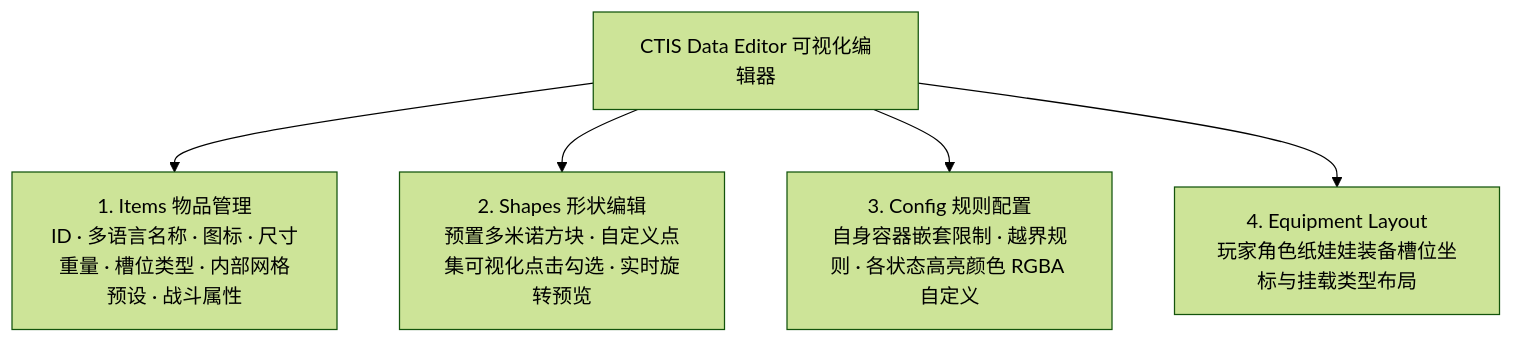
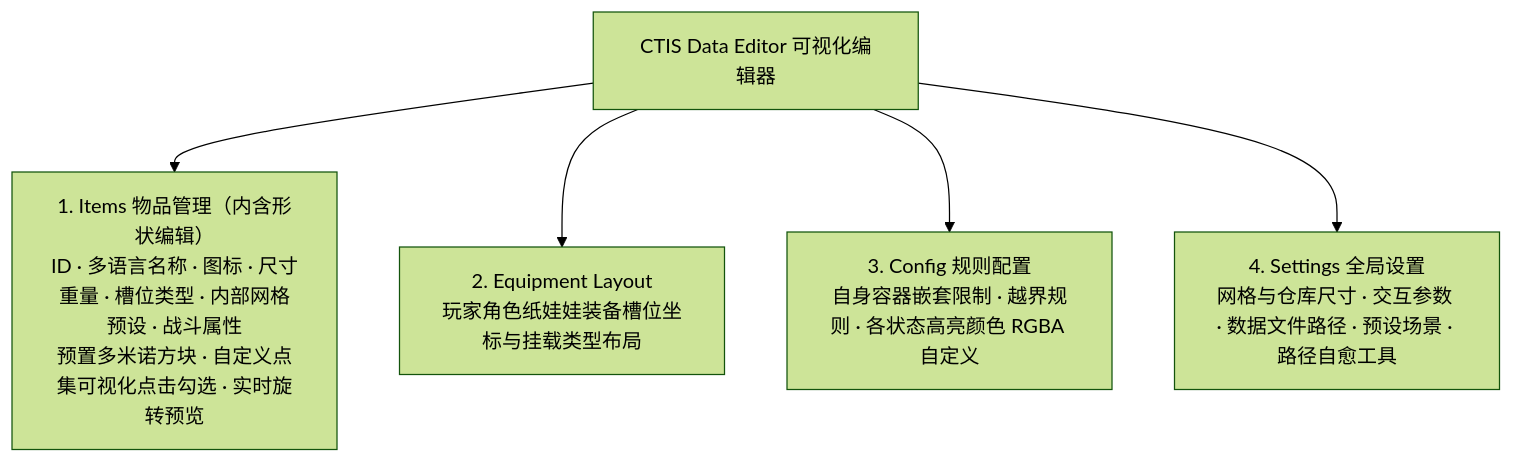
Diagram 13 of 13 in README_CN.md (Cholopol/Cholopol-Tetris-Inventory-System), drawn with Mermaid (forest theme) before and after one commit. The commit also changed other lines of this file and 12 other files, not shown here.

````diff
--- a/README_CN.md
+++ b/README_CN.md
@@ -603,8 +628,8 @@
 ```mermaid
 flowchart TD
   Editor["CTIS Data Editor 可视化编辑器"]
-  Editor --> P1["1. Items 物品管理\nID · 多语言名称 · 图标 · 尺寸重量 · 槽位类型 · 内部网格预设 · 战斗属性"]
-  Editor --> P2["2. Shapes 形状编辑\n预置多米诺方块 · 自定义点集可视化点击勾选 · 实时旋转预览"]
+  Editor --> P1["1. Items 物品管理（内含形状编辑）\nID · 多语言名称 · 图标 · 尺寸重量 · 槽位类型 · 内部网格预设 · 战斗属性\n预置多米诺方块 · 自定义点集可视化点击勾选 · 实时旋转预览"]
+  Editor --> P2["2. Equipment Layout\n玩家角色纸娃娃装备槽位坐标与挂载类型布局"]
   Editor --> P3["3. Config 规则配置\n自身容器嵌套限制 · 越界规则 · 各状态高亮颜色 RGBA 自定义"]
-  Editor --> P4["4. Equipment Layout\n玩家角色纸娃娃装备槽位坐标与挂载类型布局"]
+  Editor --> P4["4. Settings 全局设置\n网格与仓库尺寸 · 交互参数 · 数据文件路径 · 预设场景 · 路径自愈工具"]
 ```
````
